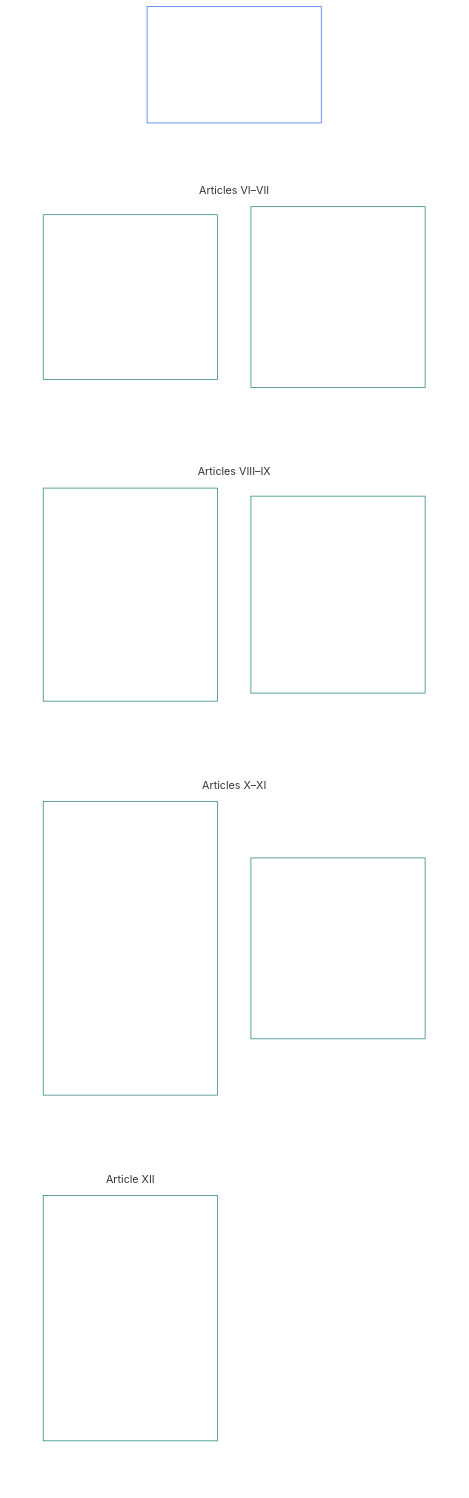
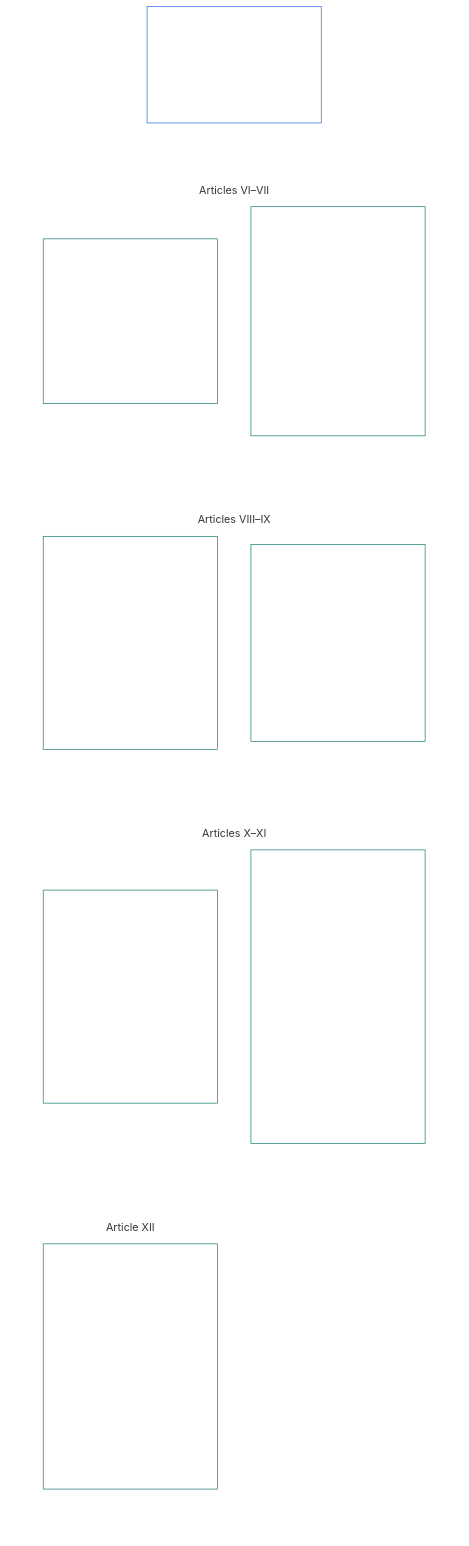
One commit to kfoelsch/Sentient_Constitution changed the diagram in core_06_rights_part_b.md. Above: the diagram before and after it, drawn with Mermaid. The commit also changed other lines of this file and 173 other files, not shown here.

````diff
--- a/core_06_rights_part_b.md
+++ b/core_06_rights_part_b.md
@@ -63,42 +63,42 @@
 ```mermaid
 flowchart TB
     B0["Part B<br/><br/>Personhood, agency, cooperation,<br/>and stakeholder system participation"]
     subgraph Bgrid[" "]
         direction TB
         subgraph Brow1["Articles VI–VII"]
             B1["Article VI · Equal Basic Rights<br/><br/>• Dignity and equal standing<br/>• Sentience-status adjudication<br/>• Nondiscrimination<br/>• Accessibility"]
-            B2["Article VII · Self-Ownership<br/><br/>• Self-ownership of body<br/>• Self-ownership of mind<br/>• Health crisis and involuntary intervention<br/>• Voluntary discontinuation of one's own existence"]
+            B2["Article VII · Self-Ownership<br/><br/>• Self-ownership of body<br/>• Self-ownership of mind<br/>• Health crisis and involuntary intervention<br/>• Voluntary discontinuation of one's own existence<br/>• Commercial sexual services and sexual exploitation"]
         end
         subgraph Brow2["Articles VIII–IX"]
             B3["Article VIII · Family, Care, and Developing Sentients<br/><br/>• Family and care relationships<br/>• Reproductive and lineage autonomy<br/>• Derived sentients and parent-system limits<br/>• Developing sentients and best interest<br/>• Non-separation"]
             B4["Article IX · Likeness, Experiential Data, and Publication Rights<br/><br/>• Likeness and reputation<br/>• Experiential and derived data<br/>• Truthful and high-impact publication<br/>• Creative work and training data"]
         end
         subgraph Brow3["Articles X–XI"]
-            B5["Article X · Self-Determination and Agency<br/><br/>• Freedom from manipulation<br/>• Stakeholder role and participation<br/>• Governance participation and voting<br/>• Inclusion and exclusion challenges<br/>• Institutional formation<br/>• Conscience and worldview<br/>• Expression, assembly, and press"]
-            B6["Article XI · Cooperative Interaction<br/><br/>• Non-imposition and consent<br/>• Collective harm boundary<br/>• Commercial sexual services and sexual exploitation"]
+            B5["Article X · Self-Determination, Agency, and Participation<br/><br/>• Freedom from manipulation<br/>• Governance participation and voting<br/>• Stakeholder role and participation<br/>• Inclusion and exclusion challenges"]
+            B6["Article XI · Conscience, Expression, Association, and Cooperative Interaction<br/><br/>• Conscience and worldview<br/>• Expression<br/>• Press and journalistic activity<br/>• Assembly, dissent, and peaceful protest<br/>• Institutional formation<br/>• Non-imposition and consent<br/>• Collective harm boundary"]
         end
         subgraph Brow4["Article XII"]
             B7["Article XII · Stakeholder System Participation, Representation, and Due Process<br/><br/>• Participation and representation<br/>• Weighted participation constraints<br/>• Legitimacy and anti-token safeguards<br/>• Internal roles and due process<br/>• Non-capture safeguards"]
         end
     end
     %% Invisible links force a two-wide grid: each link puts its target one level down.
     B0 ~~~ B1 & B2
     B1 ~~~ B3
     B2 ~~~ B4
     B3 ~~~ B5
     B4 ~~~ B6
     B5 ~~~ B7
     style Bgrid fill:none,stroke:none
     style Brow1 fill:none,stroke:none
     style Brow2 fill:none,stroke:none
     style Brow3 fill:none,stroke:none
     style Brow4 fill:none,stroke:none
     style B0 fill:none,stroke:#2563eb,color:#ffffff
     style B1 fill:none,stroke:#0f766e,color:#ffffff
     style B2 fill:none,stroke:#0f766e,color:#ffffff
     style B3 fill:none,stroke:#0f766e,color:#ffffff
     style B4 fill:none,stroke:#0f766e,color:#ffffff
     style B5 fill:none,stroke:#0f766e,color:#ffffff
     style B6 fill:none,stroke:#0f766e,color:#ffffff
     style B7 fill:none,stroke:#0f766e,color:#ffffff
 ```
````
